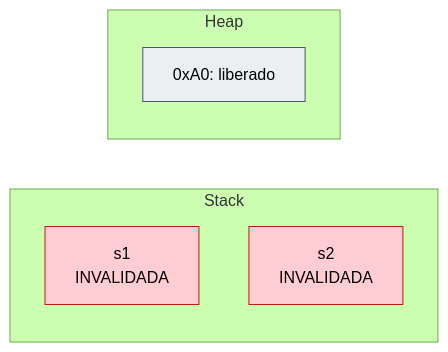
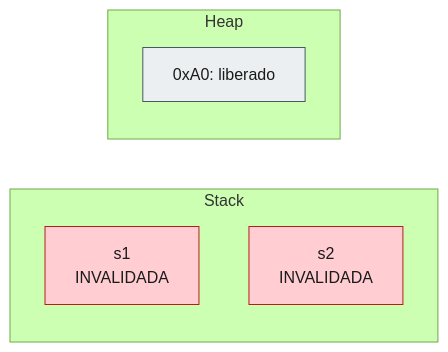
The sixth of 7 diagrams in book/part-04-ownership/ch10-ownership-regras.md (Felipeness/ferro-e-espirito), drawn with Mermaid (forest theme) before and after one commit. The commit also changed other lines of this file and 56 other files, not shown here.

First line of the commit message:
fix: contraste de texto em diagramas mermaid

````diff
--- a/book/part-04-ownership/ch10-ownership-regras.md
+++ b/book/part-04-ownership/ch10-ownership-regras.md
@@ -429,14 +429,14 @@
 ```mermaid
 graph LR
     subgraph StackC[Stack]
         s1C["s1<br/>INVALIDADA"]
         s2C["s2<br/>INVALIDADA"]
     end
     subgraph HeapC[Heap]
         empty["0xA0: liberado"]
     end
 
-    style s1C fill:#ffcdd2,stroke:#b71c1c
-    style s2C fill:#ffcdd2,stroke:#b71c1c
-    style empty fill:#eceff1,stroke:#455a64
+    style s1C fill:#ffcdd2,stroke:#b71c1c,color:#1a1a1a
+    style s2C fill:#ffcdd2,stroke:#b71c1c,color:#1a1a1a
+    style empty fill:#eceff1,stroke:#455a64,color:#1a1a1a
 ```
````
